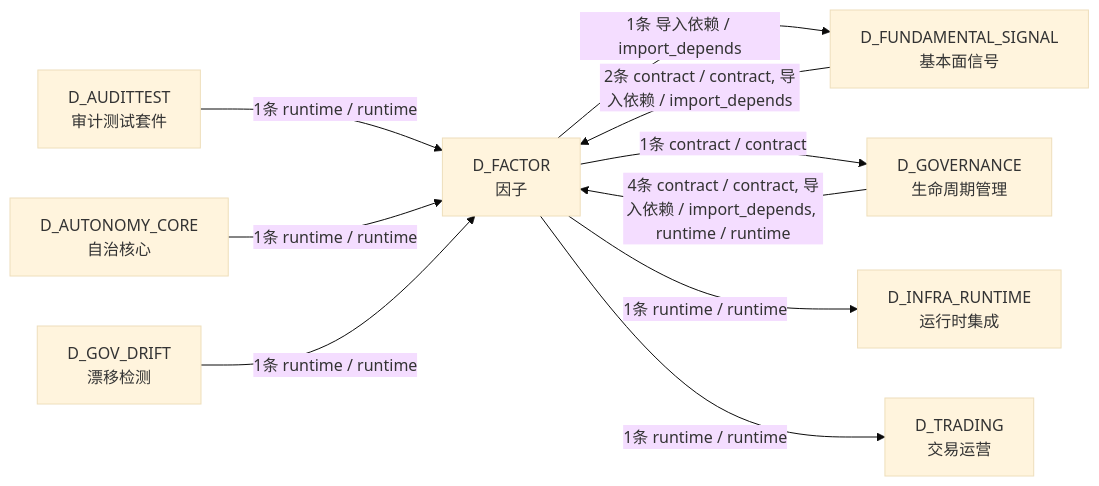
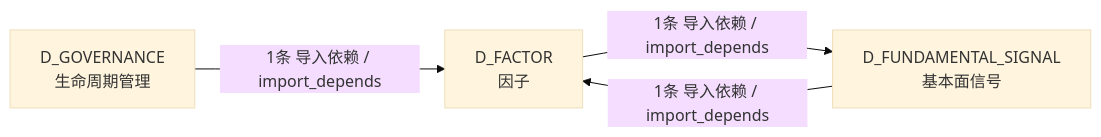
The fourth of 4 diagrams in docs/02_enterprise_architecture/02_domain_architecture_docs/29_d_factor.md (xuanFelixVan/ZephyrAlpha), drawn with Mermaid (base theme) before and after one commit. The commit also changed other lines of this file and 100 other files, not shown here.

````diff
--- a/docs/02_enterprise_architecture/02_domain_architecture_docs/29_d_factor.md
+++ b/docs/02_enterprise_architecture/02_domain_architecture_docs/29_d_factor.md
@@ -236,20 +194,9 @@
 ```mermaid
 graph LR
     D_FACTOR["D_FACTOR<br/>因子"]
     D_FUNDAMENTAL_SIGNAL["D_FUNDAMENTAL_SIGNAL<br/>基本面信号"]
     D_GOVERNANCE["D_GOVERNANCE<br/>生命周期管理"]
-    D_INFRA_RUNTIME["D_INFRA_RUNTIME<br/>运行时集成"]
-    D_TRADING["D_TRADING<br/>交易运营"]
-    D_AUDITTEST["D_AUDITTEST<br/>审计测试套件"]
-    D_AUTONOMY_CORE["D_AUTONOMY_CORE<br/>自治核心"]
-    D_GOV_DRIFT["D_GOV_DRIFT<br/>漂移检测"]
     D_FACTOR -->|1条 导入依赖 / import_depends| D_FUNDAMENTAL_SIGNAL
-    D_FACTOR -->|1条 contract / contract| D_GOVERNANCE
-    D_FACTOR -->|1条 runtime / runtime| D_INFRA_RUNTIME
-    D_FACTOR -->|1条 runtime / runtime| D_TRADING
-    D_GOVERNANCE -->|4条 contract / contract, 导入依赖 / import_depends, runtime / runtime| D_FACTOR
-    D_FUNDAMENTAL_SIGNAL -->|2条 contract / contract, 导入依赖 / import_depends| D_FACTOR
-    D_AUDITTEST -->|1条 runtime / runtime| D_FACTOR
-    D_AUTONOMY_CORE -->|1条 runtime / runtime| D_FACTOR
-    D_GOV_DRIFT -->|1条 runtime / runtime| D_FACTOR
+    D_FUNDAMENTAL_SIGNAL -->|1条 导入依赖 / import_depends| D_FACTOR
+    D_GOVERNANCE -->|1条 导入依赖 / import_depends| D_FACTOR
 ```
````
